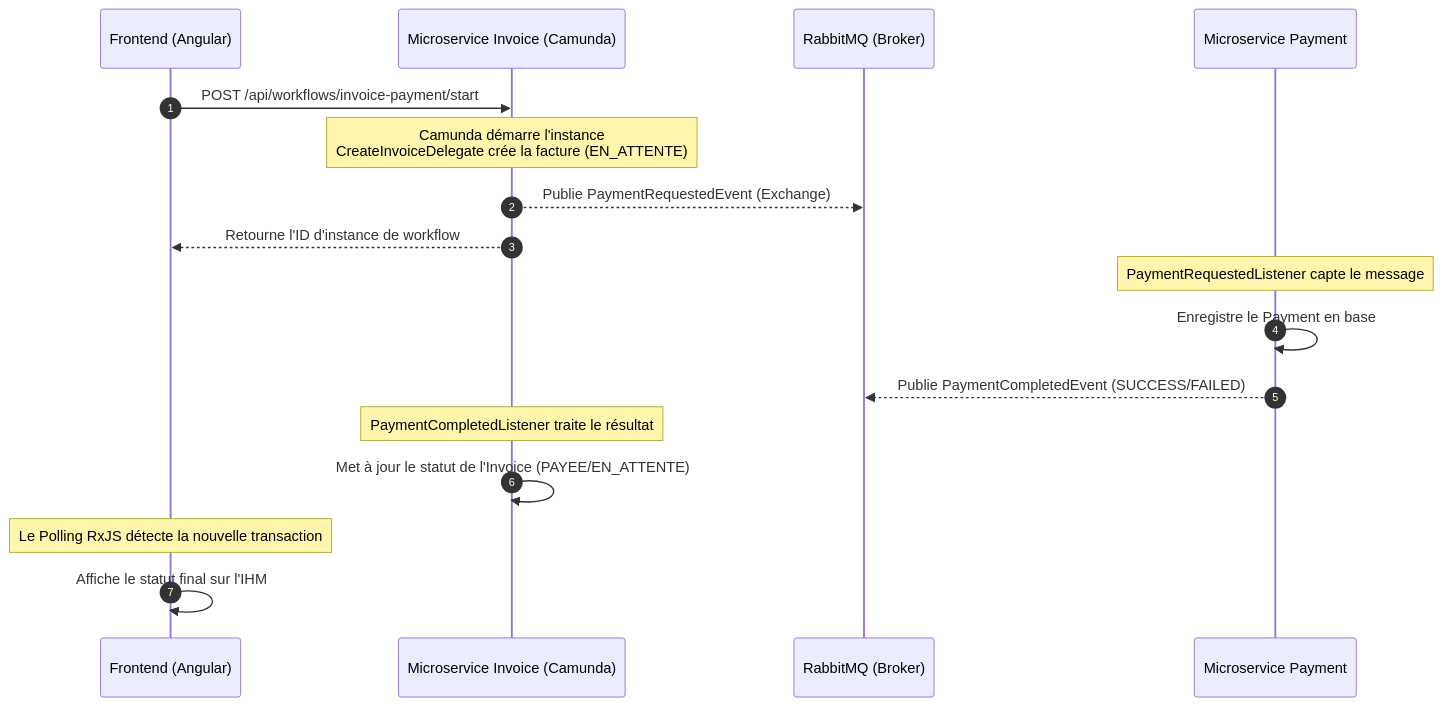
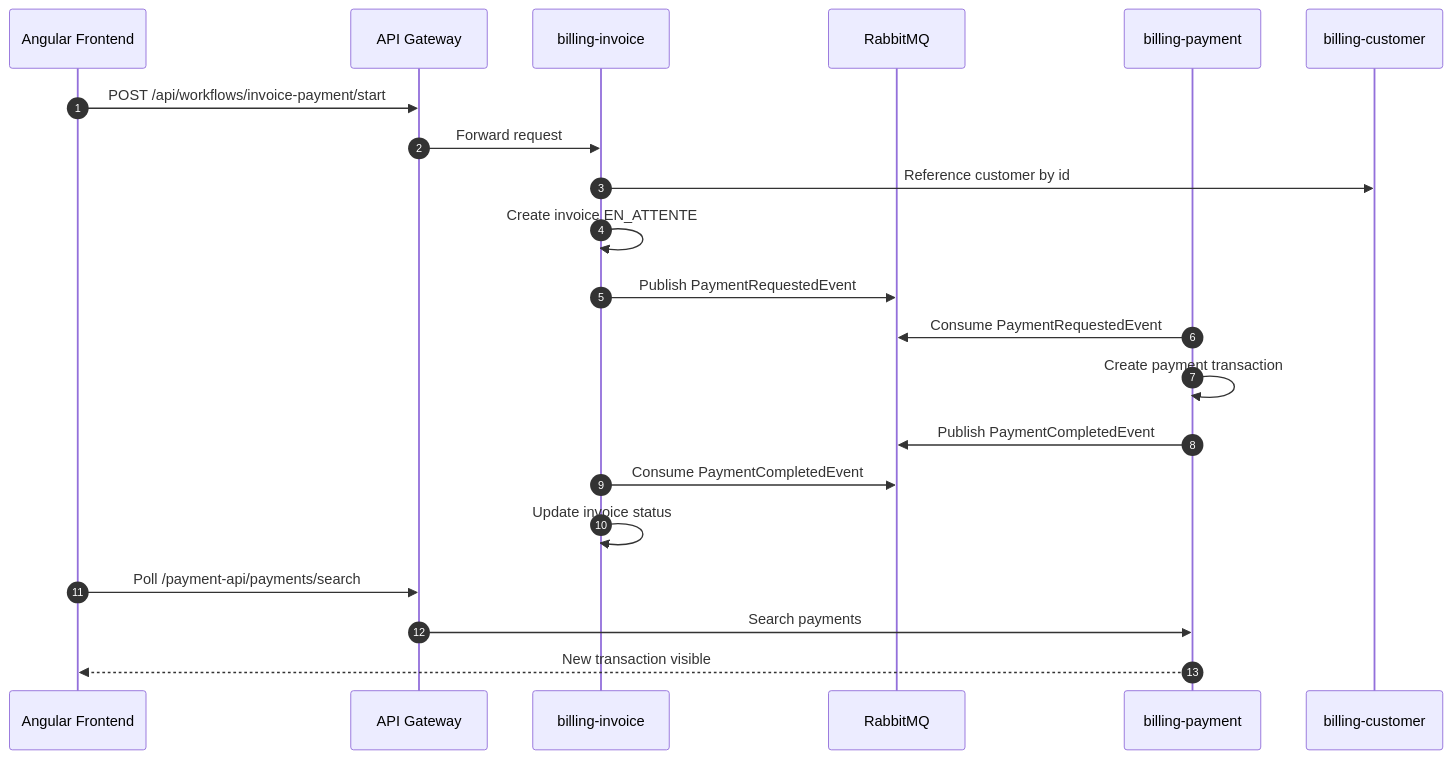
The diagram in README.md (Noris69/billing_app_rabbitmq_camunda_SpringBoot_Angular), drawn with Mermaid before and after one commit. The commit also changed other lines of this file and 29 other files, not shown here.

````diff
--- a/README.md
+++ b/README.md
@@ -90,20 +249,24 @@
 ```mermaid
 sequenceDiagram
     autonumber
-    participant Front as Frontend (Angular)
-    participant Invoice as Microservice Invoice (Camunda)
-    participant RMQ as RabbitMQ (Broker)
-    participant Payment as Microservice Payment
+    participant Front as Angular Frontend
+    participant Gateway as API Gateway
+    participant Invoice as billing-invoice
+    participant Rabbit as RabbitMQ
+    participant Payment as billing-payment
+    participant Customer as billing-customer
 
-    Front->>Invoice: POST /api/workflows/invoice-payment/start
-    Note over Invoice: Camunda démarre l'instance<br/>CreateInvoiceDelegate crée la facture (EN_ATTENTE)
-    Invoice-->>RMQ: Publie PaymentRequestedEvent (Exchange)
-    Invoice-->>Front: Retourne l'ID d'instance de workflow
-    Note over Payment: PaymentRequestedListener capte le message
-    Payment->>Payment: Enregistre le Payment en base
-    Payment-->>RMQ: Publie PaymentCompletedEvent (SUCCESS/FAILED)
-    Note over Invoice: PaymentCompletedListener traite le résultat
-    Invoice->>Invoice: Met à jour le statut de l'Invoice (PAYEE/EN_ATTENTE)
-    Note over Front: Le Polling RxJS détecte la nouvelle transaction
-    Front->>Front: Affiche le statut final sur l'IHM
+    Front->>Gateway: POST /api/workflows/invoice-payment/start
+    Gateway->>Invoice: Forward request
+    Invoice->>Customer: Reference customer by id
+    Invoice->>Invoice: Create invoice EN_ATTENTE
+    Invoice->>Rabbit: Publish PaymentRequestedEvent
+    Payment->>Rabbit: Consume PaymentRequestedEvent
+    Payment->>Payment: Create payment transaction
+    Payment->>Rabbit: Publish PaymentCompletedEvent
+    Invoice->>Rabbit: Consume PaymentCompletedEvent
+    Invoice->>Invoice: Update invoice status
+    Front->>Gateway: Poll /payment-api/payments/search
+    Gateway->>Payment: Search payments
+    Payment-->>Front: New transaction visible
 ```
````
